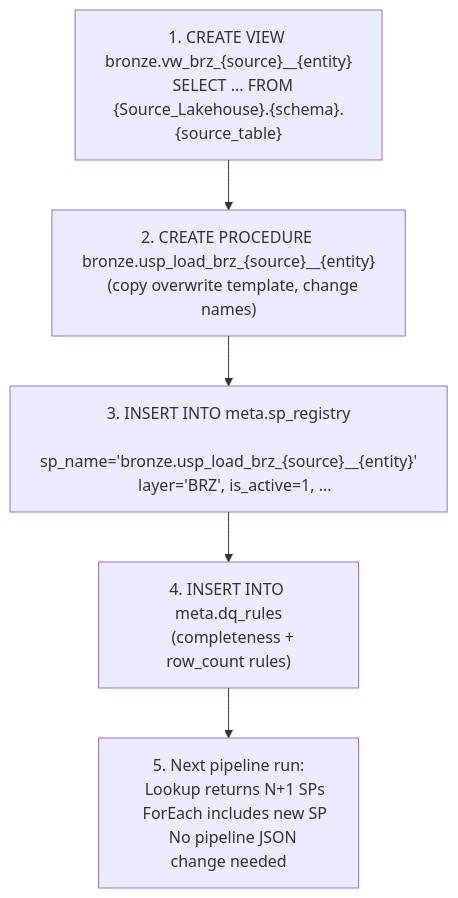
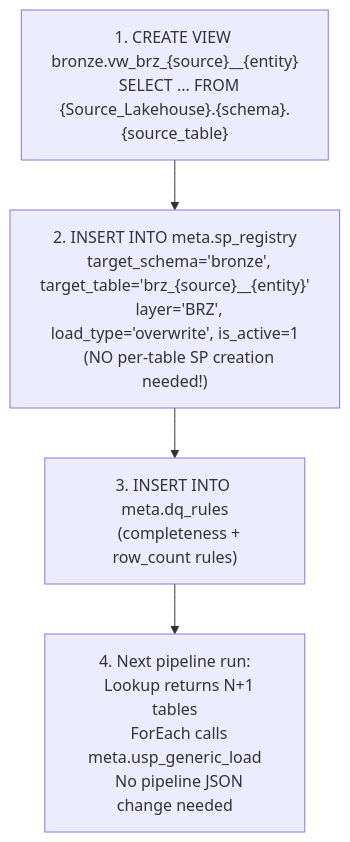
Before and after one commit to ankinguyen-engineer-2002/Fabric-v9-Warehouse-Medallion: the seventh of 9 diagrams in Fabric_Architect/template_pipeline_guide.md, drawn with Mermaid. The commit also changed other lines of this file and 7 other files, not shown here.

First line of the commit message:
Generic SP migration: 28 per-table SPs → 1 meta.usp_generic_load

````diff
--- a/Fabric_Architect/template_pipeline_guide.md
+++ b/Fabric_Architect/template_pipeline_guide.md
@@ -366,10 +367,9 @@
 ```mermaid
 flowchart TD
     A["1. CREATE VIEW bronze.vw_brz_{source}__{entity}\n   SELECT ... FROM {Source_Lakehouse}.{schema}.{source_table}"]
-    B["2. CREATE PROCEDURE bronze.usp_load_brz_{source}__{entity}\n   (copy overwrite template, change names)"]
-    C["3. INSERT INTO meta.sp_registry\n   sp_name='bronze.usp_load_brz_{source}__{entity}'\n   layer='BRZ', is_active=1, ..."]
-    D["4. INSERT INTO meta.dq_rules\n   (completeness + row_count rules)"]
-    E["5. Next pipeline run:\n   Lookup returns N+1 SPs\n   ForEach includes new SP\n   No pipeline JSON change needed"]
+    B["2. INSERT INTO meta.sp_registry\n   target_schema='bronze', target_table='brz_{source}__{entity}'\n   layer='BRZ', load_type='overwrite', is_active=1\n   (NO per-table SP creation needed!)"]
+    C["3. INSERT INTO meta.dq_rules\n   (completeness + row_count rules)"]
+    D["4. Next pipeline run:\n   Lookup returns N+1 tables\n   ForEach calls meta.usp_generic_load\n   No pipeline JSON change needed"]
 
-    A --> B --> C --> D --> E
+    A --> B --> C --> D
 ```
````
